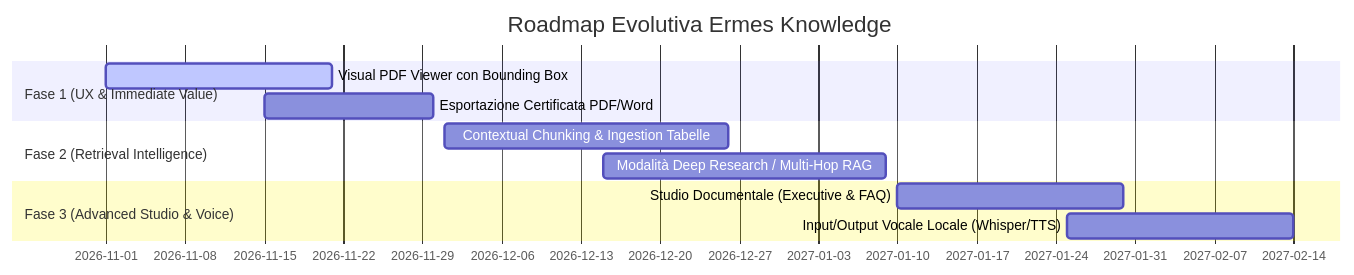
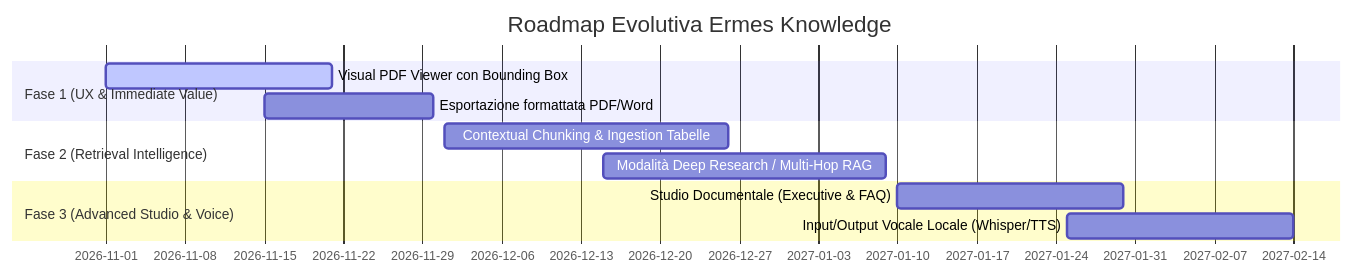
The diagram in docs/PIANO_EVOLUZIONE_E_BENCHMARK.md (Fioru12/Ermes-Librarian), drawn with Mermaid before and after one commit. The commit also changed other lines of this file and 6 other files, not shown here.

````diff
--- a/docs/PIANO_EVOLUZIONE_E_BENCHMARK.md
+++ b/docs/PIANO_EVOLUZIONE_E_BENCHMARK.md
@@ -120,14 +122,14 @@
 ```mermaid
 gantt
     title Roadmap Evolutiva Ermes Knowledge
     dateFormat  YYYY-MM-DD
     section Fase 1 (UX & Immediate Value)
     Visual PDF Viewer con Bounding Box        :active, 2026-11-01, 20d
-    Esportazione Certificata PDF/Word         :2026-11-15, 15d
+    Esportazione formattata PDF/Word          :2026-11-15, 15d
     section Fase 2 (Retrieval Intelligence)
     Contextual Chunking & Ingestion Tabelle   :2026-12-01, 25d
     Modalità Deep Research / Multi-Hop RAG    :2026-12-15, 25d
     section Fase 3 (Advanced Studio & Voice)
     Studio Documentale (Executive & FAQ)      :2027-01-10, 20d
     Input/Output Vocale Locale (Whisper/TTS)  :2027-01-25, 20d
 ```
````
